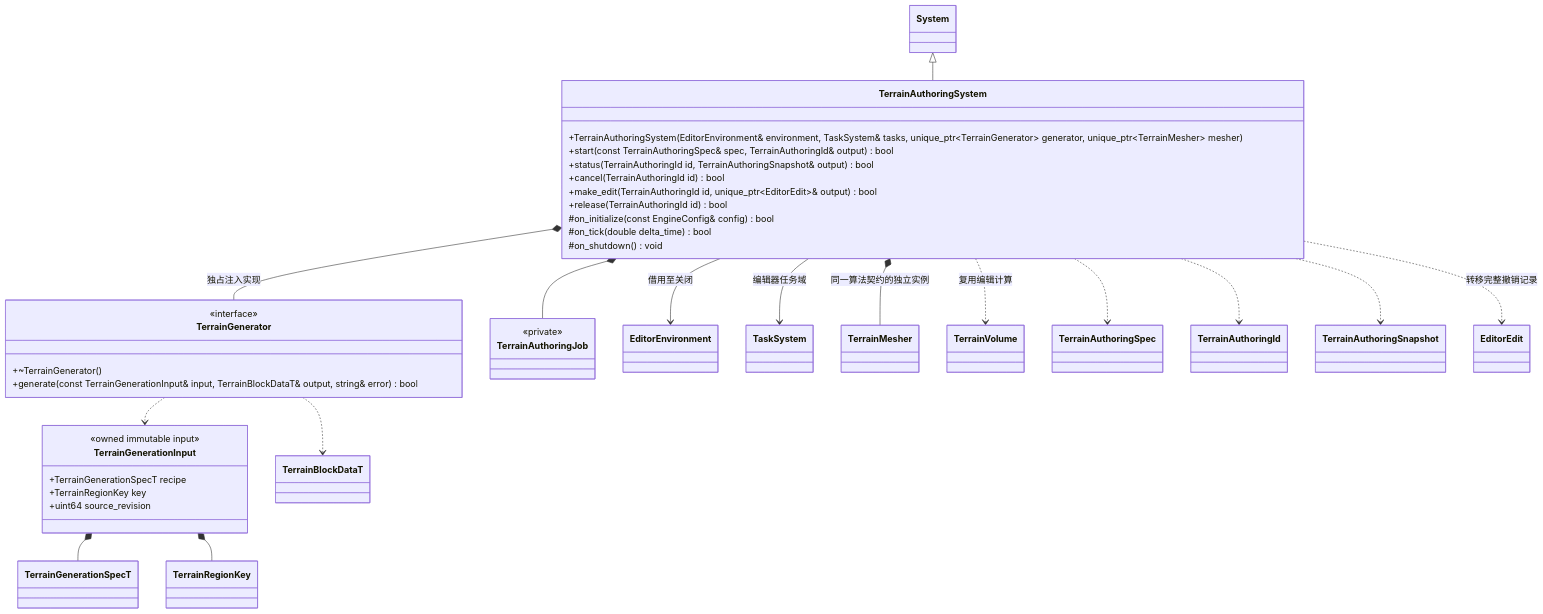
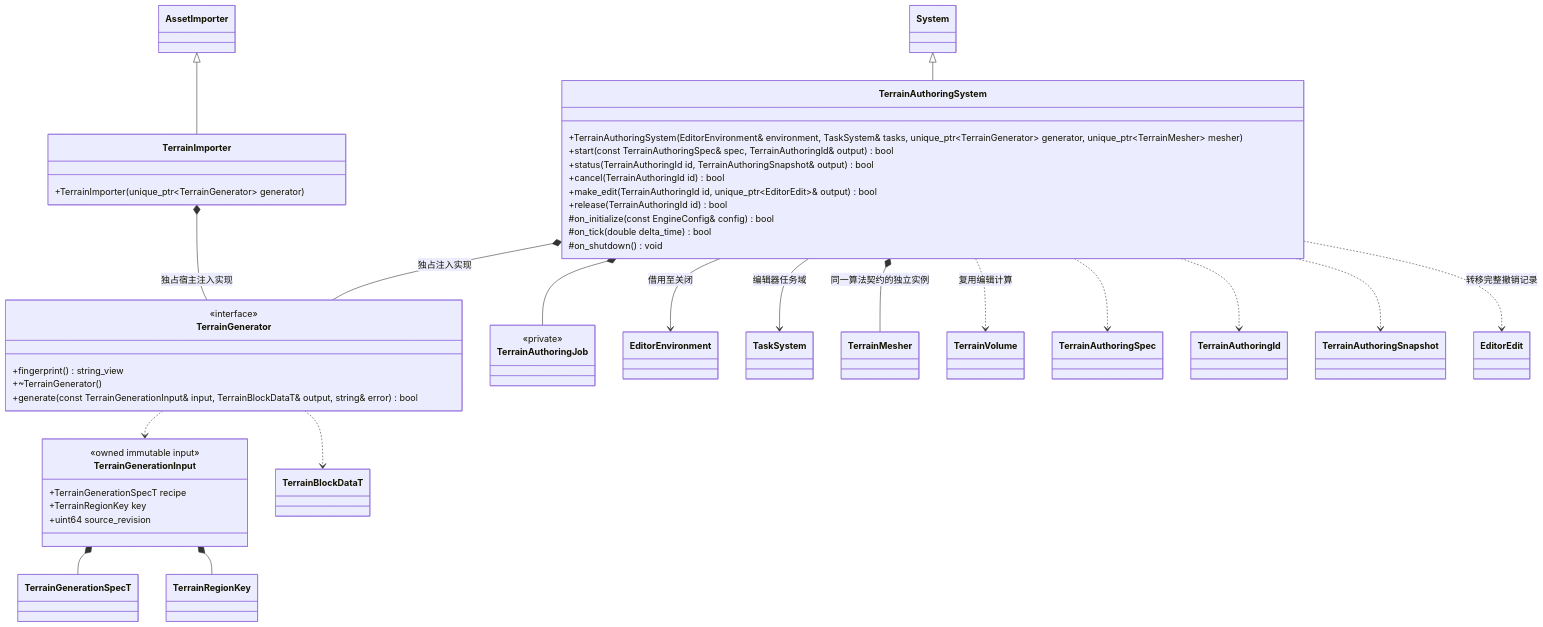
One commit to lcgamedevelop/Engine changed the first of 2 diagrams in docs/plugins/editor/class-diagrams/terrain-editor.md. Above: the diagram before and after it, drawn with Mermaid. The commit also changed other lines of this file and 11 other files, not shown here.

````diff
--- a/docs/plugins/editor/class-diagrams/terrain-editor.md
+++ b/docs/plugins/editor/class-diagrams/terrain-editor.md
@@ -8,55 +8,62 @@
 ```mermaid
 classDiagram
     class TerrainGenerator {
         <<interface>>
+        +fingerprint() string_view
         +~TerrainGenerator()
         +generate(const TerrainGenerationInput& input, TerrainBlockDataT& output, string& error) bool
     }
     class TerrainGenerationInput {
         <<owned immutable input>>
         +TerrainGenerationSpecT recipe
         +TerrainRegionKey key
         +uint64 source_revision
     }
     class TerrainAuthoringSystem {
         +TerrainAuthoringSystem(EditorEnvironment& environment, TaskSystem& tasks, unique_ptr~TerrainGenerator~ generator, unique_ptr~TerrainMesher~ mesher)
         +start(const TerrainAuthoringSpec& spec, TerrainAuthoringId& output) bool
         +status(TerrainAuthoringId id, TerrainAuthoringSnapshot& output) bool
         +cancel(TerrainAuthoringId id) bool
         +make_edit(TerrainAuthoringId id, unique_ptr~EditorEdit~& output) bool
         +release(TerrainAuthoringId id) bool
         #on_initialize(const EngineConfig& config) bool
         #on_tick(double delta_time) bool
         #on_shutdown() void
     }
+    class TerrainImporter {
+        +TerrainImporter(unique_ptr~TerrainGenerator~ generator)
+    }
+    class AssetImporter
     class TerrainAuthoringJob {
         <<private>>
     }
     class System
     class EditorEnvironment
     class TaskSystem
     class TerrainMesher
     class TerrainVolume
     class TerrainBlockDataT
     class TerrainGenerationSpecT
     class TerrainRegionKey
     class TerrainAuthoringSpec
     class TerrainAuthoringId
     class TerrainAuthoringSnapshot
     class EditorEdit
+    AssetImporter <|-- TerrainImporter
+    TerrainImporter *-- TerrainGenerator : 独占宿主注入实现
     System <|-- TerrainAuthoringSystem
     TerrainAuthoringSystem --> EditorEnvironment : 借用至关闭
     TerrainAuthoringSystem --> TaskSystem : 编辑器任务域
     TerrainAuthoringSystem *-- TerrainGenerator : 独占注入实现
     TerrainAuthoringSystem *-- TerrainMesher : 同一算法契约的独立实例
     TerrainAuthoringSystem *-- TerrainAuthoringJob
     TerrainAuthoringSystem ..> TerrainVolume : 复用编辑计算
     TerrainAuthoringSystem ..> TerrainAuthoringSpec
     TerrainAuthoringSystem ..> TerrainAuthoringId
     TerrainAuthoringSystem ..> TerrainAuthoringSnapshot
     TerrainAuthoringSystem ..> EditorEdit : 转移完整撤销记录
     TerrainGenerator ..> TerrainGenerationInput
     TerrainGenerator ..> TerrainBlockDataT
     TerrainGenerationInput *-- TerrainGenerationSpecT
     TerrainGenerationInput *-- TerrainRegionKey
 ```
````
